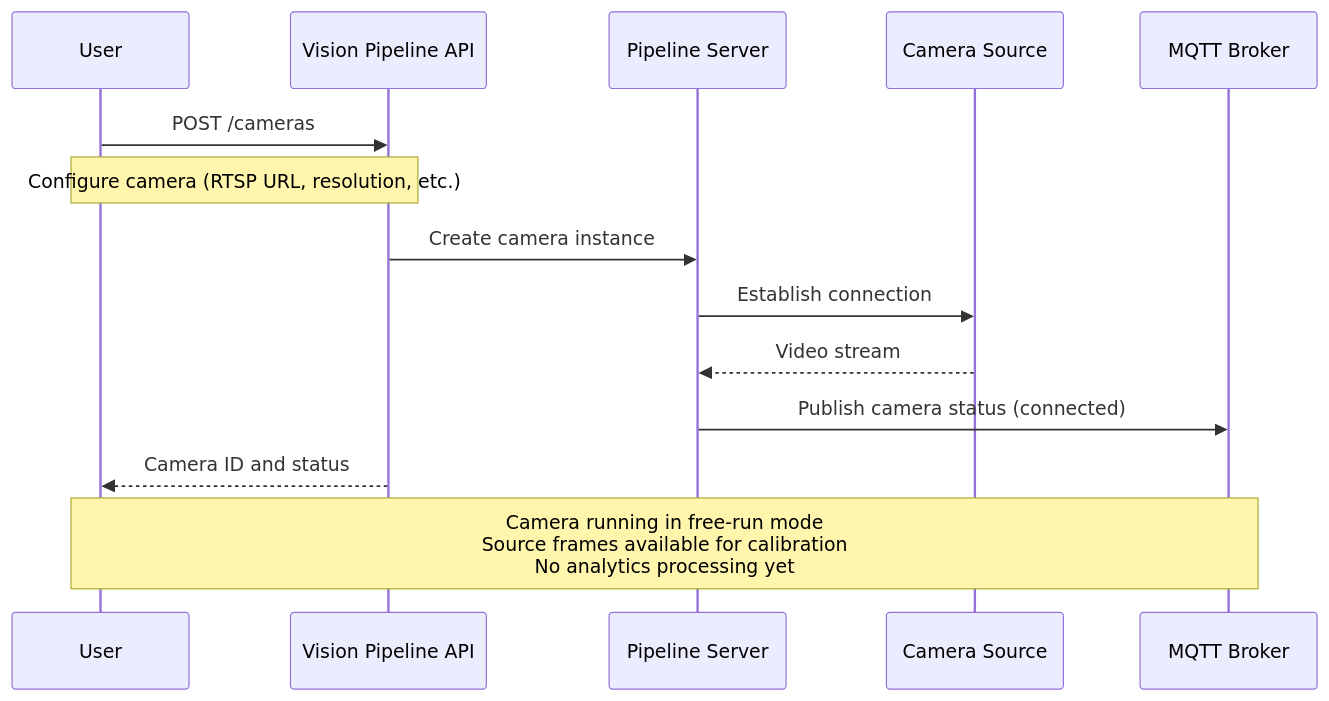
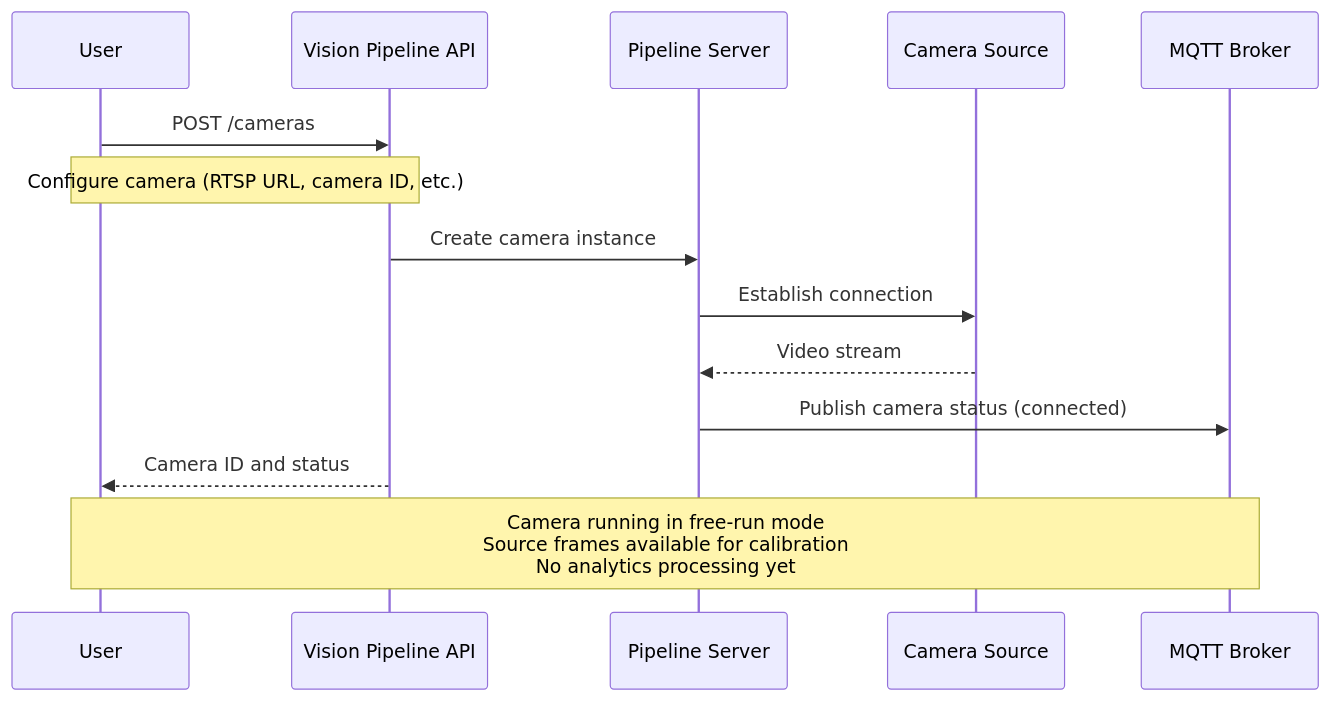
Before and after one commit to open-edge-platform/scenescape: the second of 10 diagrams in docs/design/vision-pipeline-overview.md, drawn with Mermaid. The commit also changed other lines of this file, not shown here.

First line of the commit message:
docs: enhance Vision Pipeline API design with core principles and resilience

````diff
--- a/docs/design/vision-pipeline-overview.md
+++ b/docs/design/vision-pipeline-overview.md
@@ -230,18 +294,18 @@
 ```mermaid
 sequenceDiagram
     participant User
     participant API as Vision Pipeline API
     participant Server as Pipeline Server
     participant Camera as Camera Source
     participant MQTT as MQTT Broker
 
     User->>API: POST /cameras
-    Note over User,API: Configure camera (RTSP URL, resolution, etc.)
+    Note over User,API: Configure camera (RTSP URL, camera ID, etc.)
     API->>Server: Create camera instance
     Server->>Camera: Establish connection
     Camera-->>Server: Video stream
     Server->>MQTT: Publish camera status (connected)
     API-->>User: Camera ID and status
     
     Note over User,MQTT: Camera running in free-run mode<br/>Source frames available for calibration<br/>No analytics processing yet
 ```
````
